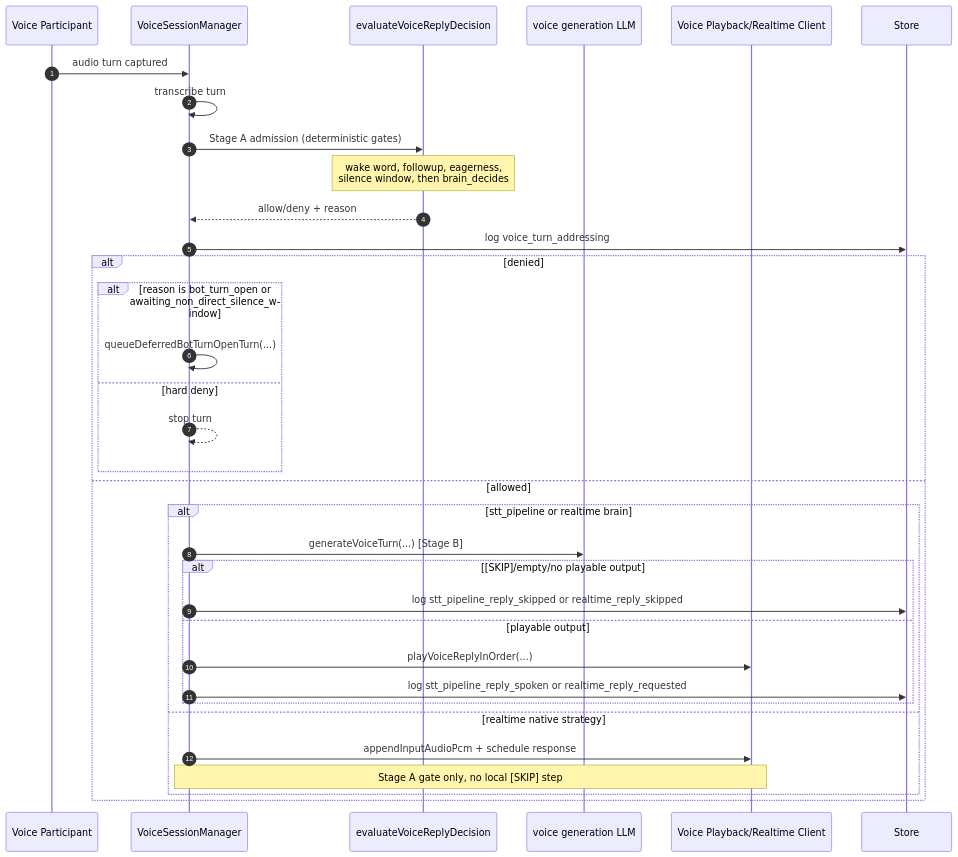
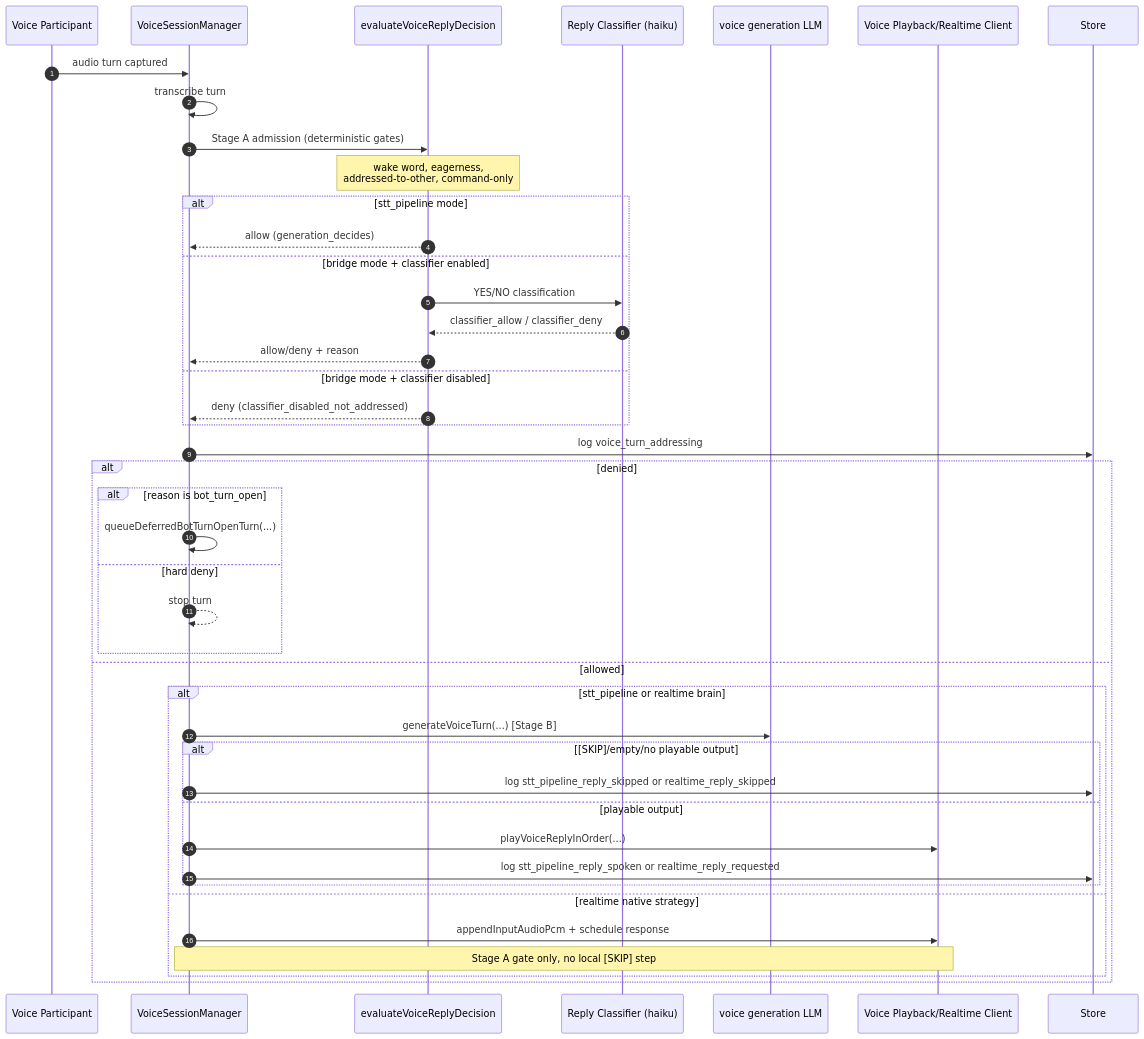
The diagram in docs/diagrams/reply-decision-chat-sequence.mmd (Volpestyle/clanker_conk), drawn with Mermaid before and after one commit. The commit also changed 12 other files, not shown here.

First line of the commit message:
Add voice reply classifier gate for bridge mode, replace brittle heuristic gates

```diff
--- a/docs/diagrams/reply-decision-chat-sequence.mmd
+++ b/docs/diagrams/reply-decision-chat-sequence.mmd
@@ -1,36 +1,47 @@
 sequenceDiagram
     autonumber
     participant Speaker as Voice Participant
     participant Voice as VoiceSessionManager
     participant Decider as evaluateVoiceReplyDecision
+    participant Classifier as Reply Classifier (haiku)
     participant GenLLM as voice generation LLM
     participant Playback as Voice Playback/Realtime Client
     participant Store as Store
 
     Speaker->>Voice: audio turn captured
     Voice->>Voice: transcribe turn
     Voice->>Decider: Stage A admission (deterministic gates)
-    Note over Decider: wake word, followup, eagerness,<br/>silence window, then brain_decides
-    Decider-->>Voice: allow/deny + reason
+    Note over Decider: wake word, eagerness,<br/>addressed-to-other, command-only
+
+    alt stt_pipeline mode
+      Decider-->>Voice: allow (generation_decides)
+    else bridge mode + classifier enabled
+      Decider->>Classifier: YES/NO classification
+      Classifier-->>Decider: classifier_allow / classifier_deny
+      Decider-->>Voice: allow/deny + reason
+    else bridge mode + classifier disabled
+      Decider-->>Voice: deny (classifier_disabled_not_addressed)
+    end
+
     Voice->>Store: log voice_turn_addressing
 
     alt denied
-      alt reason is bot_turn_open or awaiting_non_direct_silence_window
+      alt reason is bot_turn_open
         Voice->>Voice: queueDeferredBotTurnOpenTurn(...)
       else hard deny
         Voice-->>Voice: stop turn
       end
     else allowed
       alt stt_pipeline or realtime brain
         Voice->>GenLLM: generateVoiceTurn(...) [Stage B]
         alt [SKIP]/empty/no playable output
           Voice->>Store: log stt_pipeline_reply_skipped or realtime_reply_skipped
         else playable output
           Voice->>Playback: playVoiceReplyInOrder(...)
           Voice->>Store: log stt_pipeline_reply_spoken or realtime_reply_requested
         end
       else realtime native strategy
         Voice->>Playback: appendInputAudioPcm + schedule response
         Note over Voice,Playback: Stage A gate only, no local [SKIP] step
       end
     end
```
